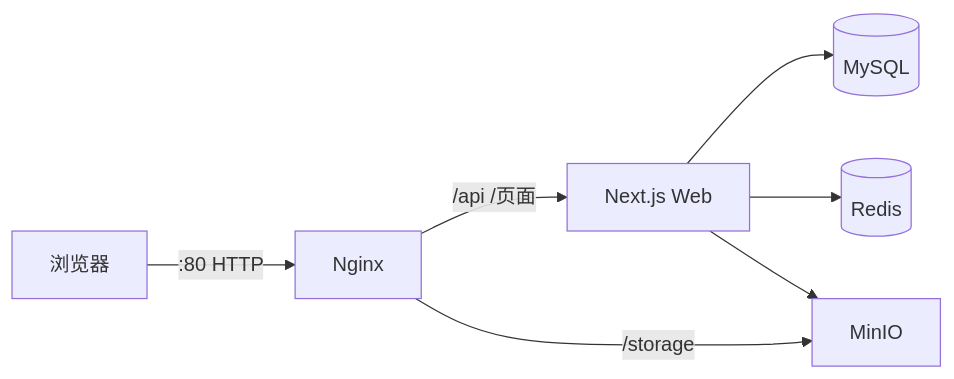
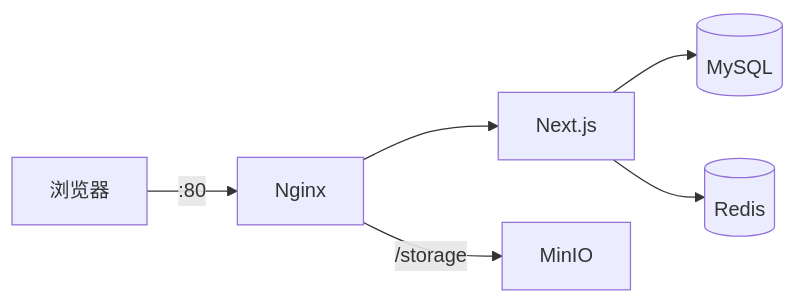
The diagram in docs/部署方案.md (924192753/ScarborMusic), drawn with Mermaid before and after one commit. The commit also changed other lines of this file and 2 other files, not shown here.

Commit message:
fix: remove nginx default.conf so reverse proxy to Next.js works

````diff
--- a/docs/部署方案.md
+++ b/docs/部署方案.md
@@ -9,9 +10,8 @@
 ```mermaid
 flowchart LR
-  User[浏览器] -->|:80 HTTP| Nginx[Nginx]
-  Nginx -->|/api /页面| Web[Next.js Web]
+  Browser[浏览器] -->|:80| Nginx[Nginx]
+  Nginx --> Web[Next.js]
   Nginx -->|/storage| MinIO[MinIO]
   Web --> MySQL[(MySQL)]
   Web --> Redis[(Redis)]
-  Web --> MinIO
 ```
````
